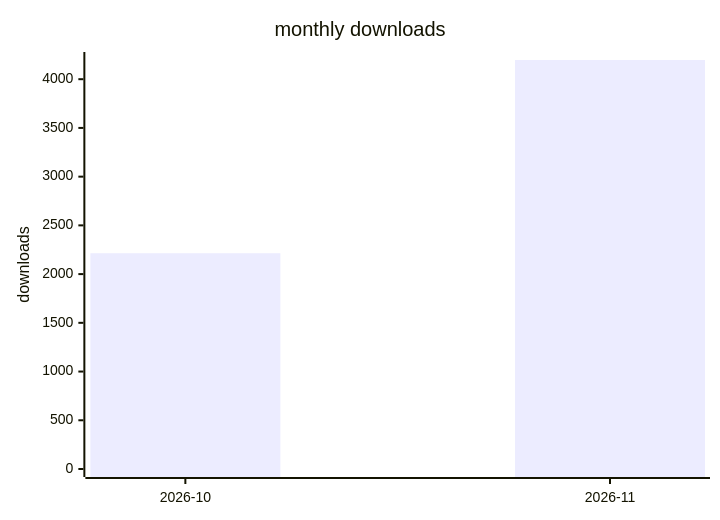
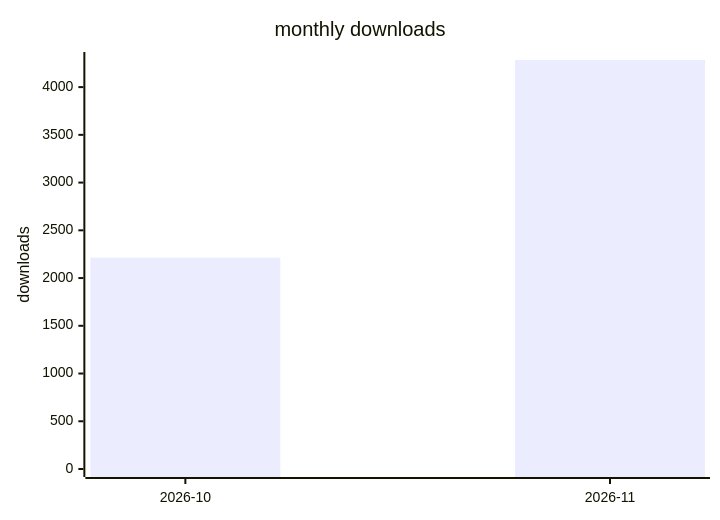
One commit to terry2010/dsh-rss-news-daily changed the second of 2 diagrams in docs/downloads-2026.md. Above: the diagram before and after it, drawn with Mermaid. The commit also changed other lines of this file and 1 other file, not shown here.

````diff
--- a/docs/downloads-2026.md
+++ b/docs/downloads-2026.md
@@ -29,7 +29,7 @@
 ```mermaid
 xychart-beta
     title "monthly downloads"
     x-axis ["2026-10", "2026-11"]
-    y-axis "downloads" 0 --> 4197
-    bar [2214, 4197]
+    y-axis "downloads" 0 --> 4284
+    bar [2214, 4284]
 ```
````
